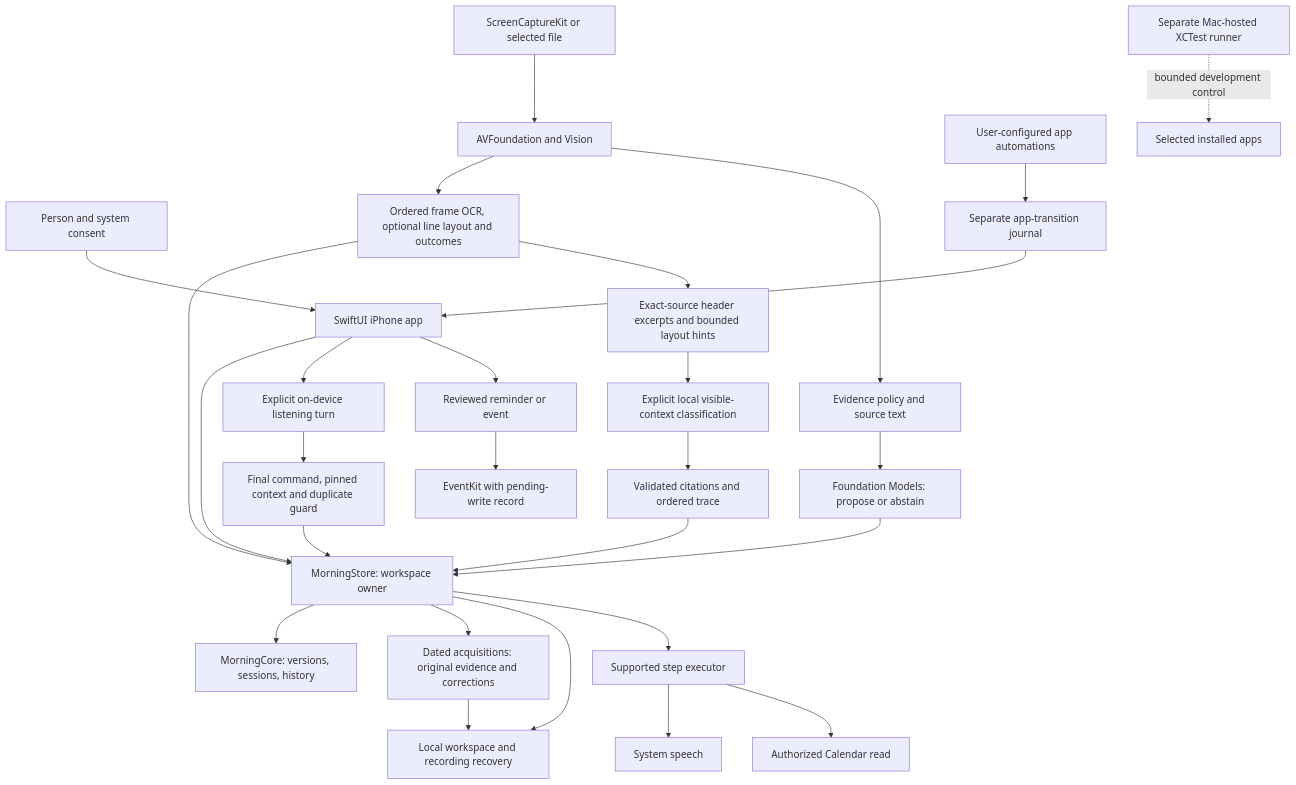
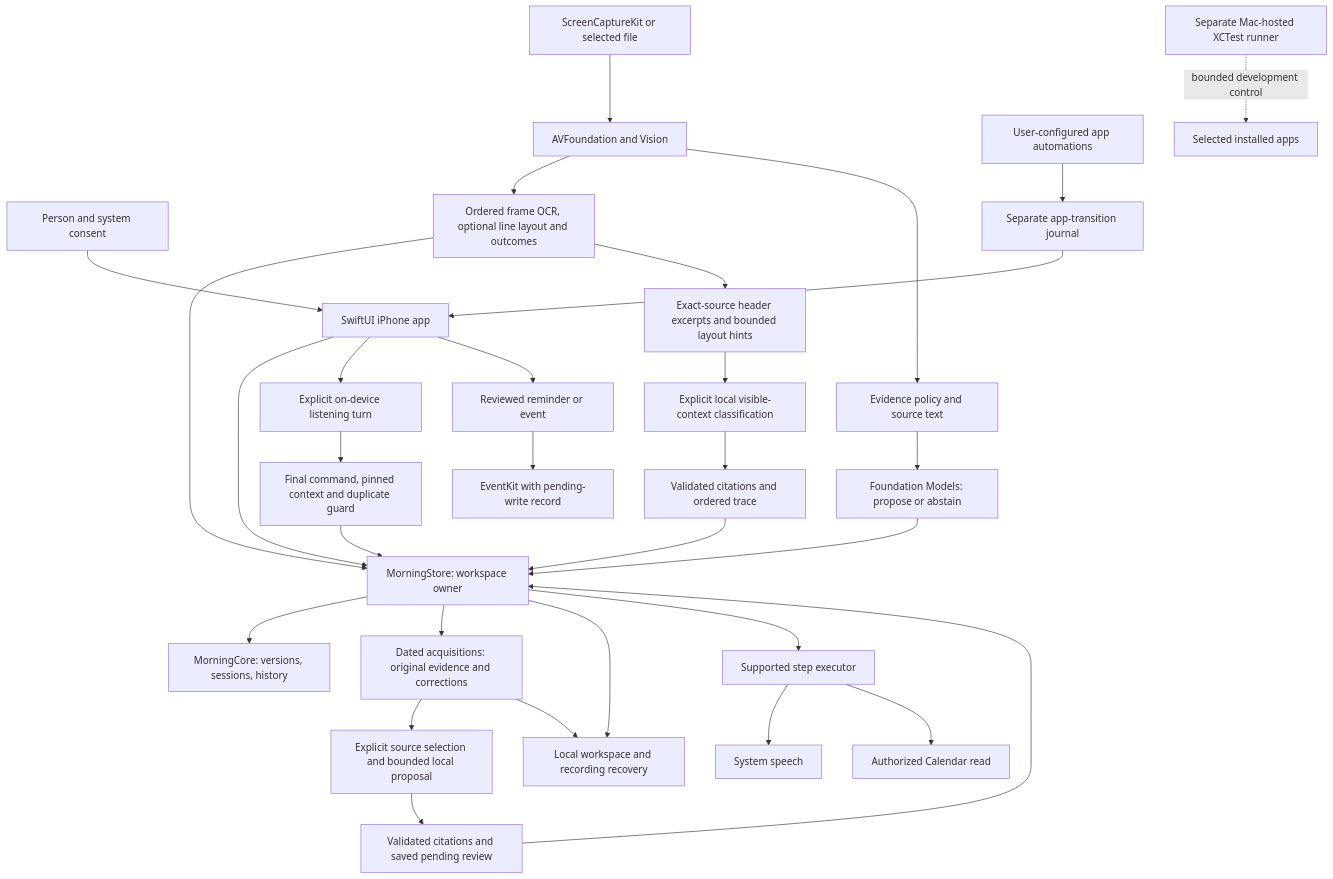
The first of 4 diagrams in docs/ARCHITECTURE.md (gderamchi/morning-operator), drawn with Mermaid before and after one commit. The commit also changed other lines of this file and 10 other files, not shown here.

````diff
--- a/docs/ARCHITECTURE.md
+++ b/docs/ARCHITECTURE.md
@@ -13,30 +15,33 @@
 ```mermaid
 flowchart TB
     Person["Person and system consent"] --> UI["SwiftUI iPhone app"]
     UI --> Store["MorningStore: workspace owner"]
     Capture["ScreenCaptureKit or selected file"] --> Media["AVFoundation and Vision"]
     Media --> Frames["Ordered frame OCR, optional line layout and outcomes"]
     Frames --> Store
     Frames --> Excerpts["Exact-source header excerpts and bounded layout hints"]
     Excerpts --> Context["Explicit local visible-context classification"]
     Context --> Trace["Validated citations and ordered trace"]
     Trace --> Store
     Media --> Evidence["Evidence policy and source text"]
     Evidence --> Model["Foundation Models: propose or abstain"]
     Model --> Store
     Store --> Core["MorningCore: versions, sessions, history"]
     Store --> Archive["Dated acquisitions: original evidence and corrections"]
+    Archive --> Selection["Explicit source selection and bounded local proposal"]
+    Selection --> Pending["Validated citations and saved pending review"]
+    Pending --> Store
     Archive --> Disk
     Store --> Disk["Local workspace and recording recovery"]
     Store --> Runner["Supported step executor"]
     Runner --> Speech["System speech"]
     UI --> Listener["Explicit on-device listening turn"]
     Listener --> Command["Final command, pinned context and duplicate guard"]
     Command --> Store
     Runner --> Calendar["Authorized Calendar read"]
     UI --> ReviewedSave["Reviewed reminder or event"]
     ReviewedSave --> EventKit["EventKit with pending-write record"]
     Shortcuts["User-configured app automations"] --> Journal["Separate app-transition journal"]
     Journal --> UI
     Harness["Separate Mac-hosted XCTest runner"] -. "bounded development control" .-> OtherApps["Selected installed apps"]
 ```
````
